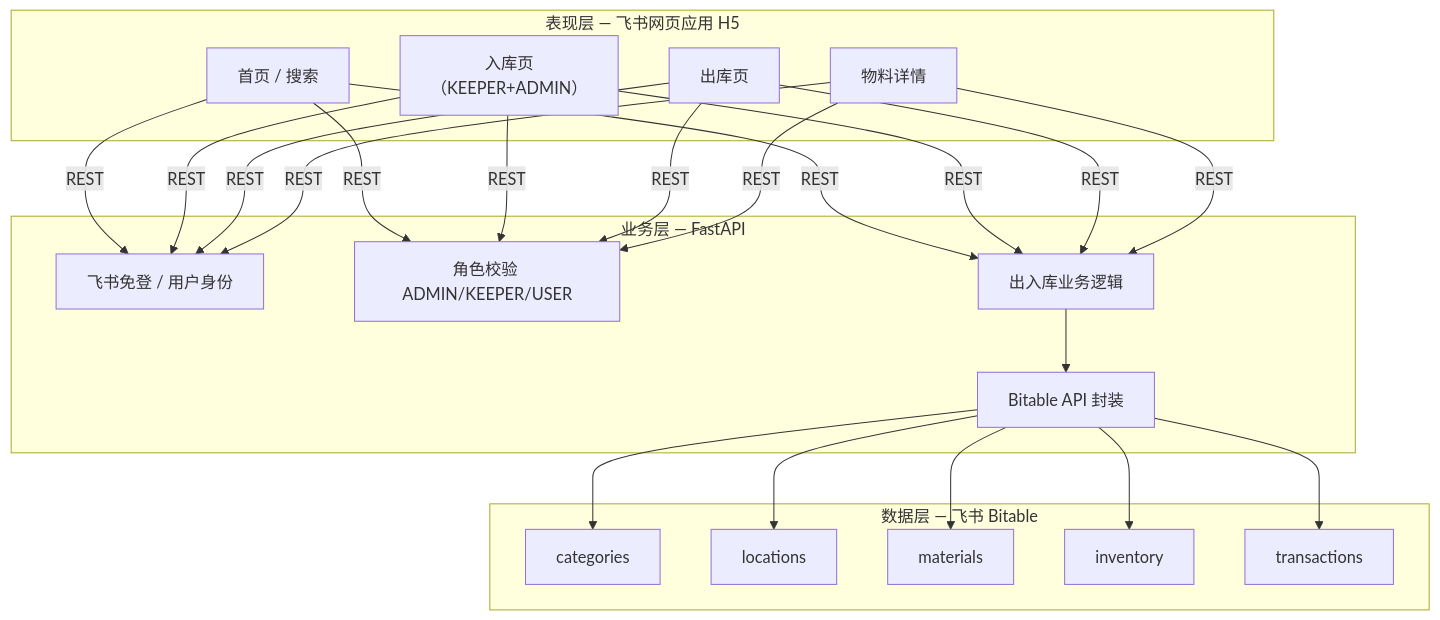
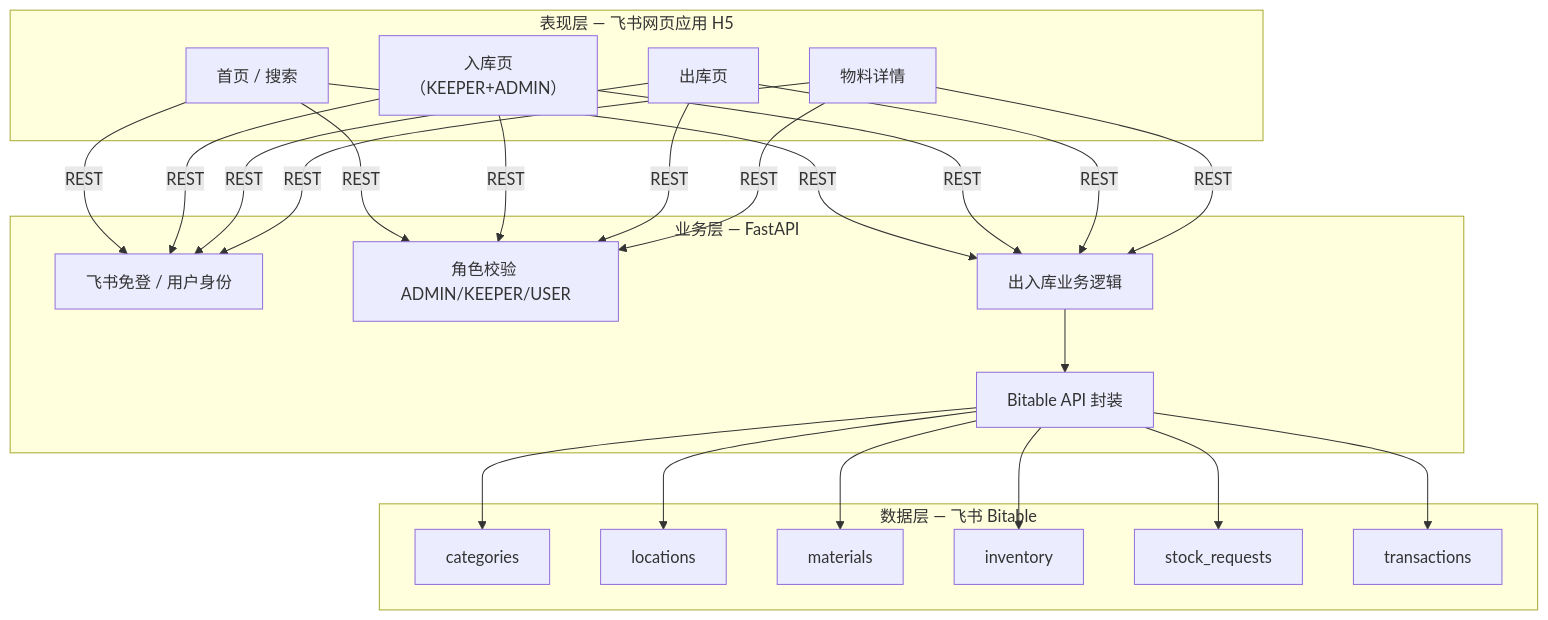
Before and after one commit to algo-boost/stock-flow: the third of 13 diagrams in docs/架构设计文档.md, drawn with Mermaid. The commit also changed other lines of this file and 62 other files, not shown here.

````diff
--- a/docs/架构设计文档.md
+++ b/docs/架构设计文档.md
@@ -236,28 +236,29 @@
 ```mermaid
 flowchart TB
     subgraph Presentation["表现层 — 飞书网页应用 H5"]
         P1["首页 / 搜索"]
         P2["入库页<br/>（KEEPER+ADMIN）"]
         P3["出库页"]
         P4["物料详情"]
     end
 
     subgraph API["业务层 — FastAPI"]
         A1["飞书免登 / 用户身份"]
         A2["角色校验 ADMIN/KEEPER/USER"]
         A3["出入库业务逻辑"]
         A4["Bitable API 封装"]
     end
 
     subgraph Data["数据层 — 飞书 Bitable"]
         D1["categories"]
         D2["locations"]
         D3["materials"]
         D4["inventory"]
-        D5["transactions"]
+        D5["stock_requests"]
+        D6["transactions"]
     end
 
     P1 & P2 & P3 & P4 -->|REST| A1 & A2 & A3
     A3 --> A4
-    A4 --> D1 & D2 & D3 & D4 & D5
+    A4 --> D1 & D2 & D3 & D4 & D5 & D6
 ```
````
